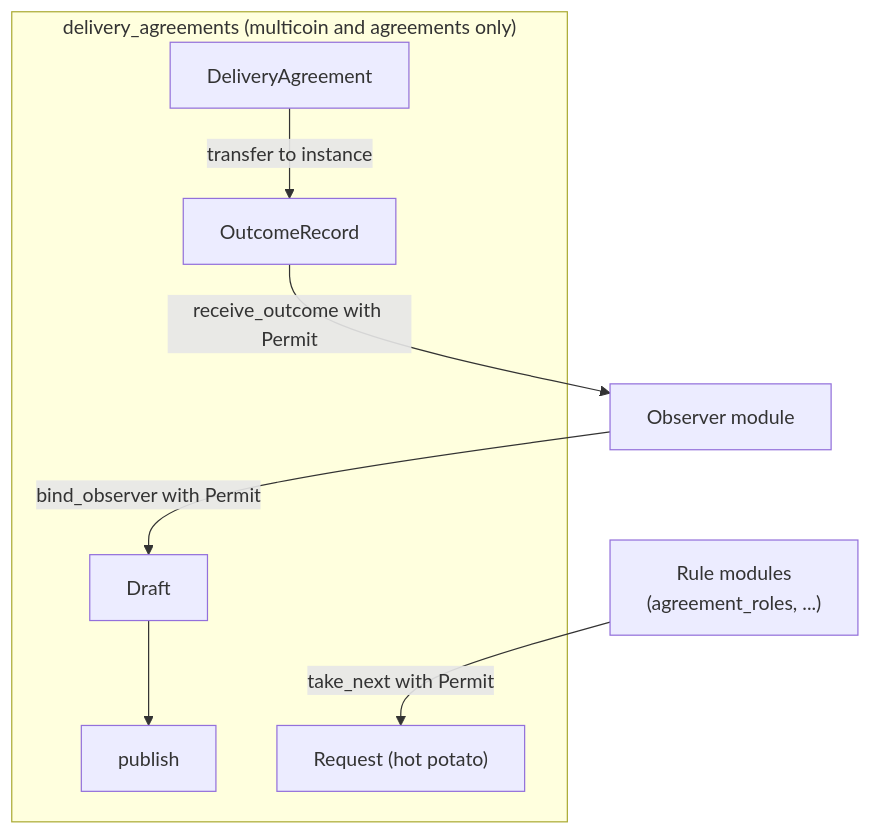
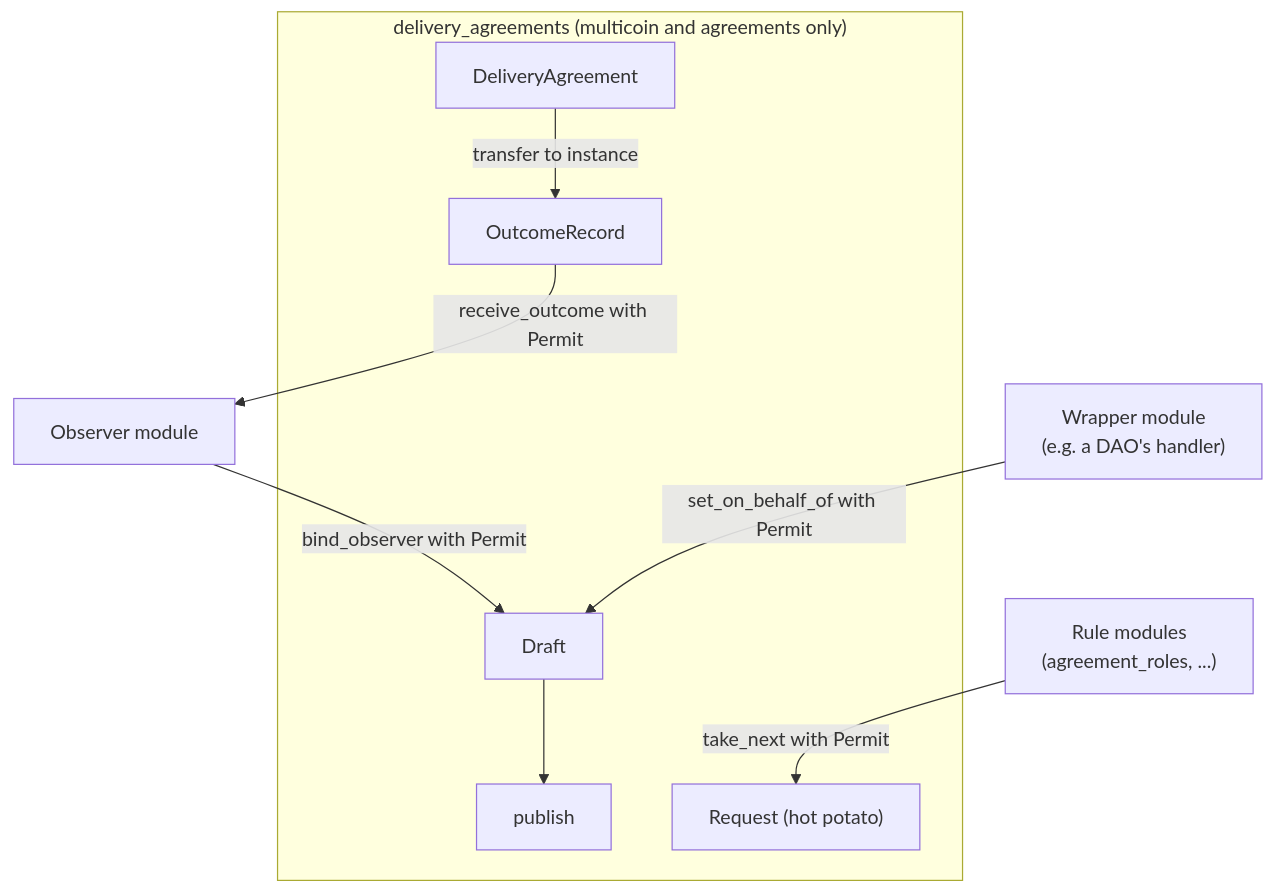
The second of 2 diagrams in docs/agreements/design.md (Algorithmic-Warfare/armature-vault), drawn with Mermaid before and after one commit. The commit also changed other lines of this file and 19 other files, not shown here.

````diff
--- a/docs/agreements/design.md
+++ b/docs/agreements/design.md
@@ -98,13 +107,14 @@
 ```mermaid
 flowchart TB
     subgraph core["delivery_agreements (multicoin and agreements only)"]
         DR["Draft"] --> PUB["publish"]
         AG["DeliveryAgreement"]
         REQ["Request (hot potato)"]
         REC["OutcomeRecord"]
     end
     RULES["Rule modules<br>(agreement_roles, ...)"] -- "take_next with Permit" --> REQ
     OBS["Observer module"] -- "bind_observer with Permit" --> DR
+    WRAP["Wrapper module<br>(e.g. a DAO's handler)"] -- "set_on_behalf_of with Permit" --> DR
     AG -- "transfer to instance" --> REC
     REC -- "receive_outcome with Permit" --> OBS
 ```
````
